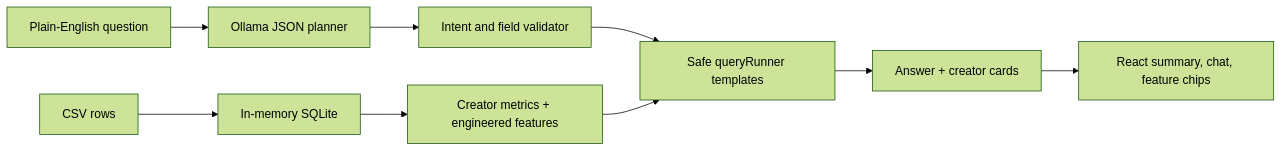
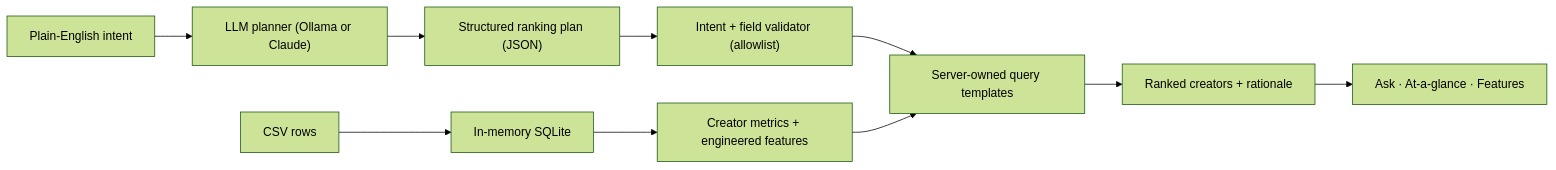
The diagram in README.md (ChrxsCrxss/devcolor-creator-dashboard), drawn with Mermaid (forest theme) before and after one commit. The commit also changed other lines of this file and 2 other files, not shown here.

First line of the commit message:
docs: reframe README as an AI feature-engineering platform

````diff
--- a/README.md
+++ b/README.md
@@ -80,11 +154,12 @@
 ```mermaid
 flowchart LR
   Csv["CSV rows"] --> SQLite["In-memory SQLite"]
   SQLite --> Features["Creator metrics + engineered features"]
-  UserQuestion["Plain-English question"] --> Ollama["Ollama JSON planner"]
-  Ollama --> Validator["Intent and field validator"]
-  Validator --> QueryRunner["Safe queryRunner templates"]
+  Intent["Plain-English intent"] --> LLM["LLM planner (Ollama or Claude)"]
+  LLM --> Plan["Structured ranking plan (JSON)"]
+  Plan --> Validator["Intent + field validator (allowlist)"]
+  Validator --> QueryRunner["Server-owned query templates"]
   Features --> QueryRunner
-  QueryRunner --> Api["Answer + creator cards"]
-  Api --> Ui["React summary, chat, feature chips"]
+  QueryRunner --> Api["Ranked creators + rationale"]
+  Api --> Ui["Ask · At-a-glance · Features"]
 ```
````
